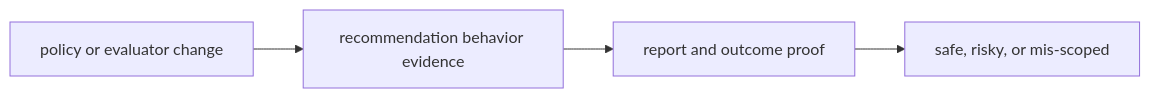
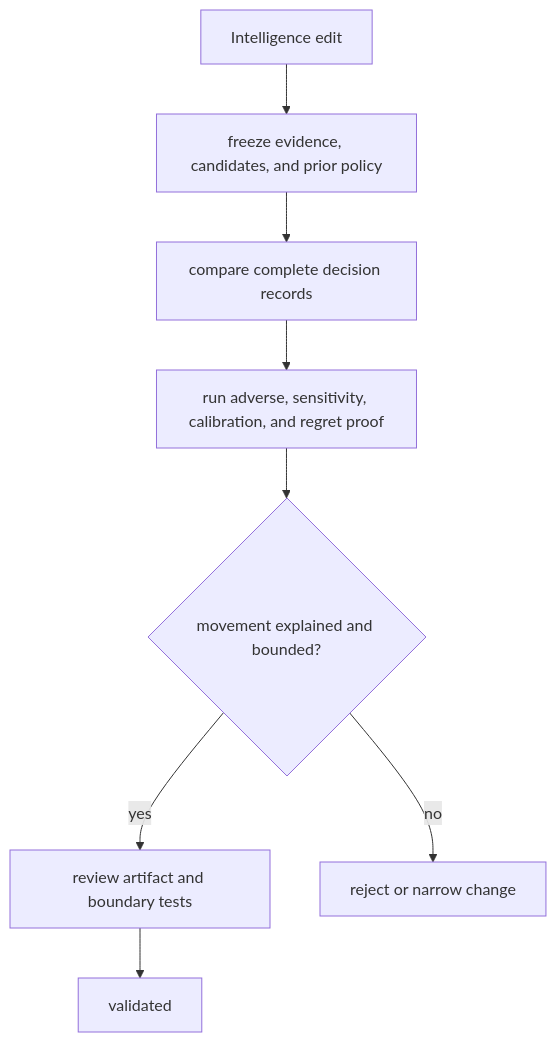
Before and after one commit to bijux/bijux-proteomics: the diagram in docs/05-bijux-proteomics-intelligence/quality/change-validation.md, drawn with Mermaid. The commit also changed other lines of this file and 2 other files, not shown here.

Commit message:
docs(intelligence): validate complete decision records

````diff
--- a/docs/05-bijux-proteomics-intelligence/quality/change-validation.md
+++ b/docs/05-bijux-proteomics-intelligence/quality/change-validation.md
@@ -16,9 +31,10 @@
 ```mermaid
-flowchart LR
-    policy["policy or evaluator change"]
-    behavior["recommendation behavior evidence"]
-    outputs["report and outcome proof"]
-    verdict["safe, risky, or mis-scoped"]
-
-    policy --> behavior --> outputs --> verdict
+flowchart TD
+    E["Intelligence edit"] --> F["freeze evidence, candidates, and prior policy"]
+    F --> C["compare complete decision records"]
+    C --> H["run adverse, sensitivity, calibration, and regret proof"]
+    H --> O{"movement explained and bounded?"}
+    O -->|yes| B["review artifact and boundary tests"]
+    O -->|no| R["reject or narrow change"]
+    B --> V["validated"]
 ```
````
